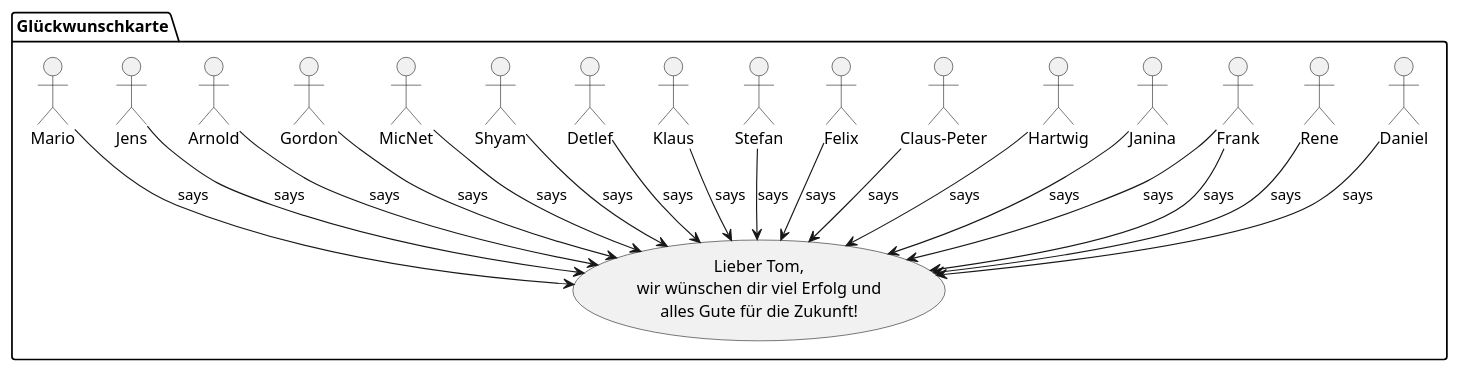
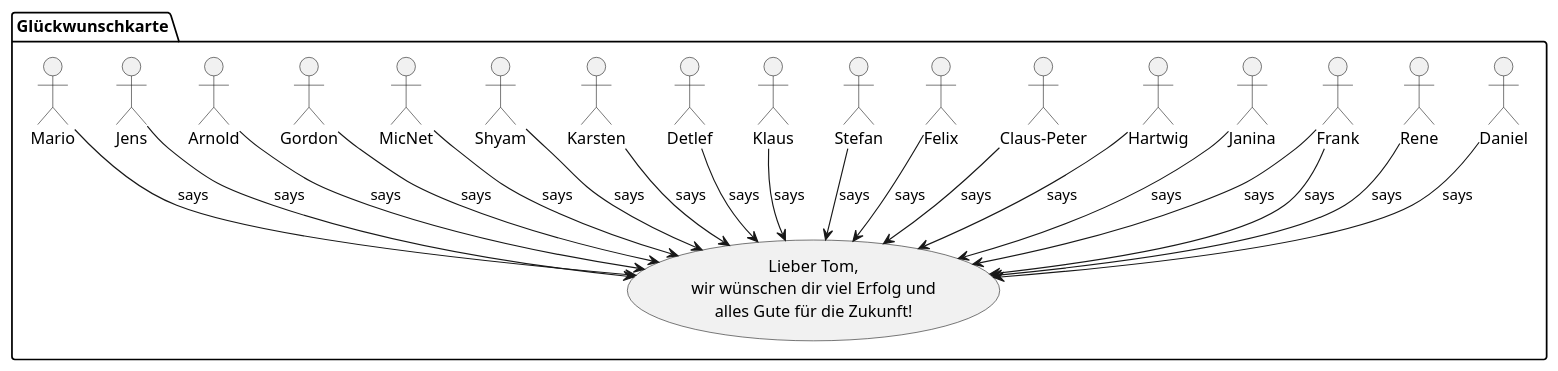
One commit to dkliem/alles-gute-tom changed the diagram in greetings.puml. Above: the diagram before and after it, drawn with PlantUML.

```diff
--- a/greetings.puml
+++ b/greetings.puml
@@ -1,29 +1,30 @@
 @startuml
 folder "Glückwunschkarte" {
     usecase goodbye [
         Lieber Tom,
         wir wünschen dir viel Erfolg und
         alles Gute für die Zukunft!
     ]
 
     :Daniel: --> goodbye: says
     :Rene: --> goodbye: says
     :Frank: --> goodbye: says
     :Janina: --> goodbye: says
     :Hartwig: --> goodbye: says
     :Claus-Peter: --> goodbye: says
     :Felix: --> goodbye: says
     :Stefan: --> goodbye: says
     :Klaus: --> goodbye: says
     :Detlef: --> goodbye: says
+    :Karsten: --> goodbye: says
     :Shyam: --> goodbye: says
     :MicNet: --> goodbye: says
     :Gordon: --> goodbye: says
     :Frank: --> goodbye: says
     :Arnold: --> goodbye: says 
     :Jens: --> goodbye: says
     :Mario: --> goodbye: says
    
     
 }
 @enduml
```
